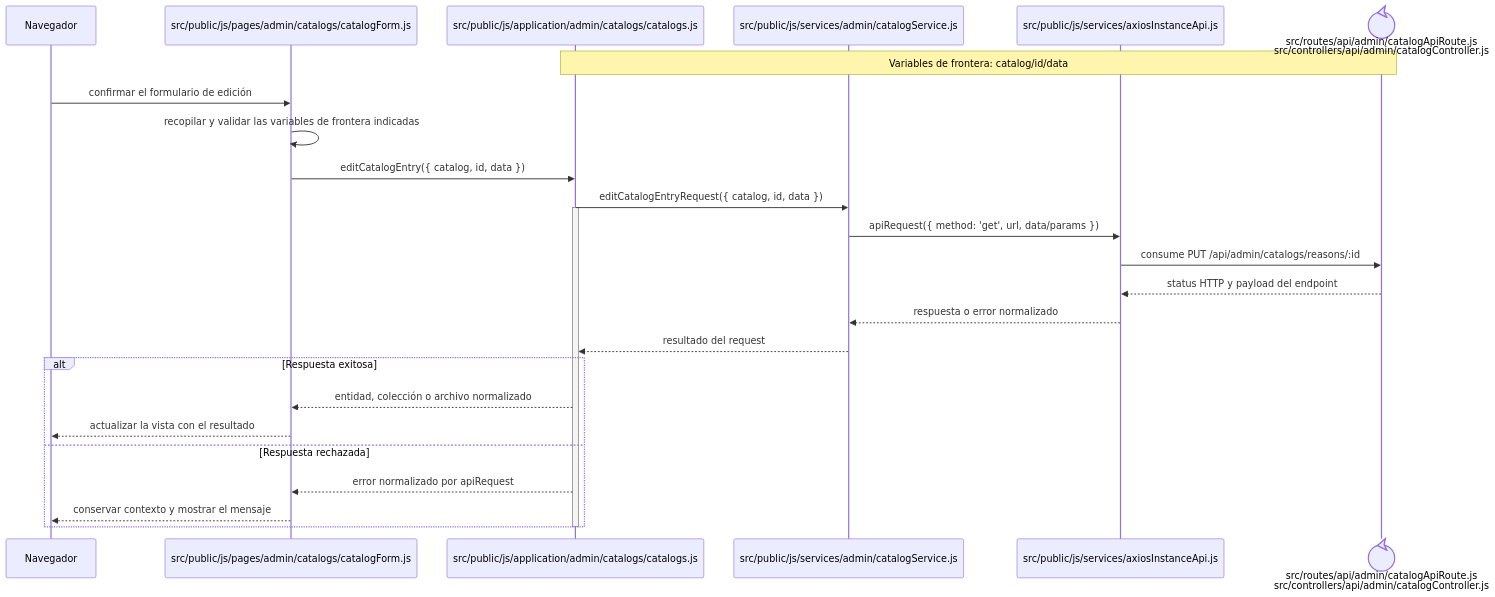
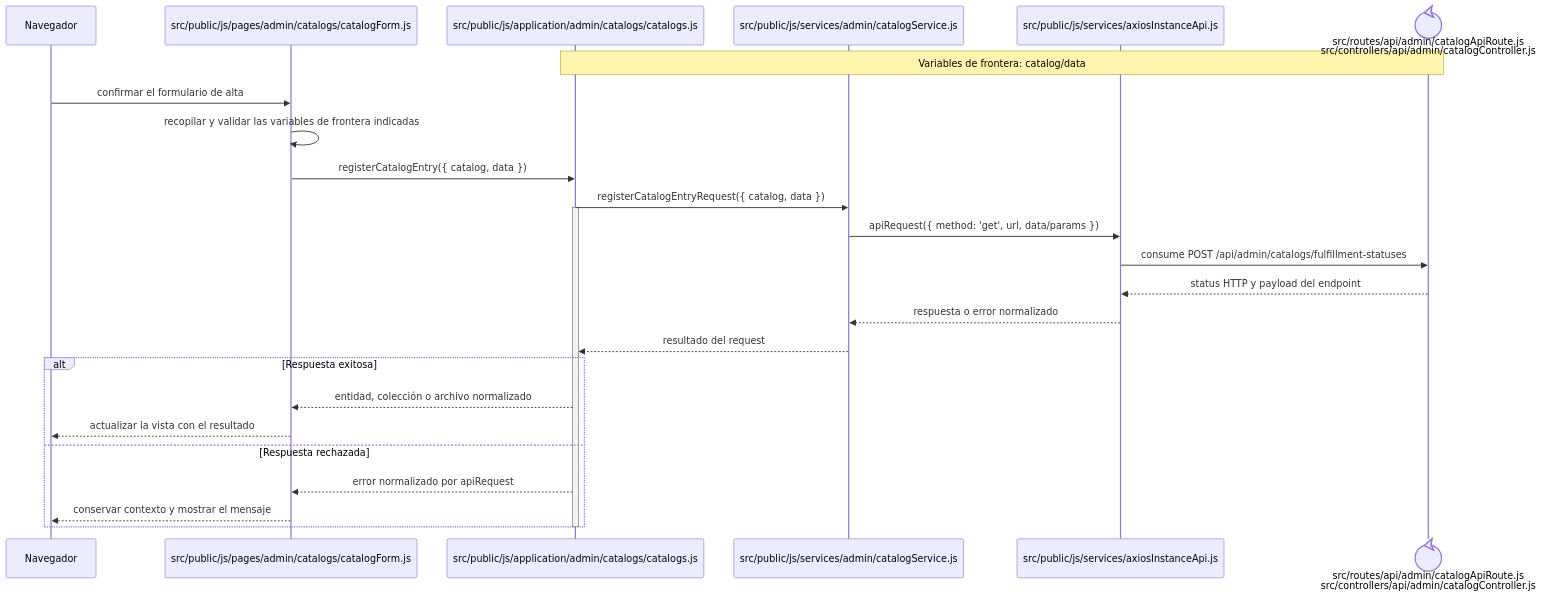
One commit to gpgsistemas01/nexus changed the diagram in docs/architecture/frontend-code-sequences/catalogs/cu-cat-41.md. Above: the diagram before and after it, drawn with Mermaid. The commit also changed other lines of this file and 207 other files, not shown here.

````diff
--- a/docs/architecture/frontend-code-sequences/catalogs/cu-cat-41.md
+++ b/docs/architecture/frontend-code-sequences/catalogs/cu-cat-41.md
@@ -6,29 +6,29 @@
 ```mermaid
 sequenceDiagram
     participant Browser as Navegador
     participant View as src/public/js/pages/admin/catalogs/catalogForm.js
     participant Application as src/public/js/application/admin/catalogs/catalogs.js
     participant Request as src/public/js/services/admin/catalogService.js
     participant HTTP as src/public/js/services/axiosInstanceApi.js
     participant Transport@{ "type": "control" } as src/routes/api/admin/catalogApiRoute.js<br/>src/controllers/api/admin/catalogController.js
-    Note over Application,Transport: Variables de frontera: catalog/id/data
+    Note over Application,Transport: Variables de frontera: catalog/data
 
-    Browser->>View: confirmar el formulario de edición
+    Browser->>View: confirmar el formulario de alta
     View->>View: recopilar y validar las variables de frontera indicadas
-    View->>Application: editCatalogEntry({ catalog, id, data })
-    Application->>Request: editCatalogEntryRequest({ catalog, id, data })
+    View->>Application: registerCatalogEntry({ catalog, data })
+    Application->>Request: registerCatalogEntryRequest({ catalog, data })
     activate Application
     Request->>HTTP: apiRequest({ method: 'get', url, data/params })
-    HTTP->>Transport: consume PUT /api/admin/catalogs/reasons/:id
+    HTTP->>Transport: consume POST /api/admin/catalogs/fulfillment-statuses
     Transport-->>HTTP: status HTTP y payload del endpoint
     HTTP-->>Request: respuesta o error normalizado
     Request-->>Application: resultado del request
     alt Respuesta exitosa
         Application-->>View: entidad, colección o archivo normalizado
         View-->>Browser: actualizar la vista con el resultado
     else Respuesta rechazada
         Application-->>View: error normalizado por apiRequest
         View-->>Browser: conservar contexto y mostrar el mensaje
     end
     deactivate Application
 ```
````
